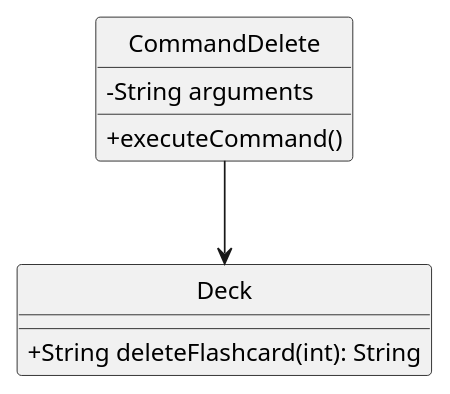
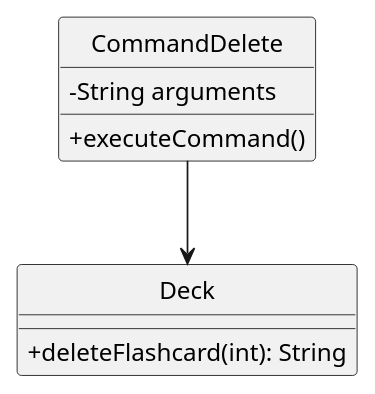
One commit to felfelyuen/tp changed the diagram in docs/diagrams/DeleteClassDiagram.puml. Above: the diagram before and after it, drawn with PlantUML. The commit also changed 2 other files, not shown here.

Commit message:
edited diagrams

```diff
--- a/docs/diagrams/DeleteClassDiagram.puml
+++ b/docs/diagrams/DeleteClassDiagram.puml
@@ -1,14 +1,14 @@
 @startuml
 hide circle
 skinparam classAttributeIconSize 0
 class CommandDelete {
   - String arguments
   + executeCommand()
 }
 
 class Deck {
-  + String deleteFlashcard(int): String
+  + deleteFlashcard(int): String
 }
 
 CommandDelete --> Deck
 @enduml
```
